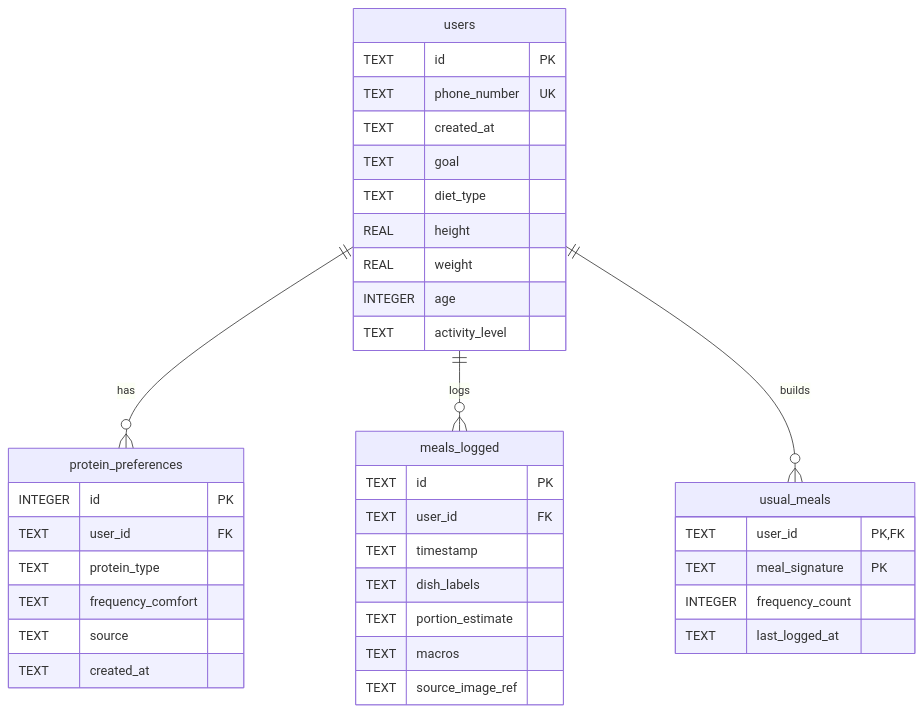
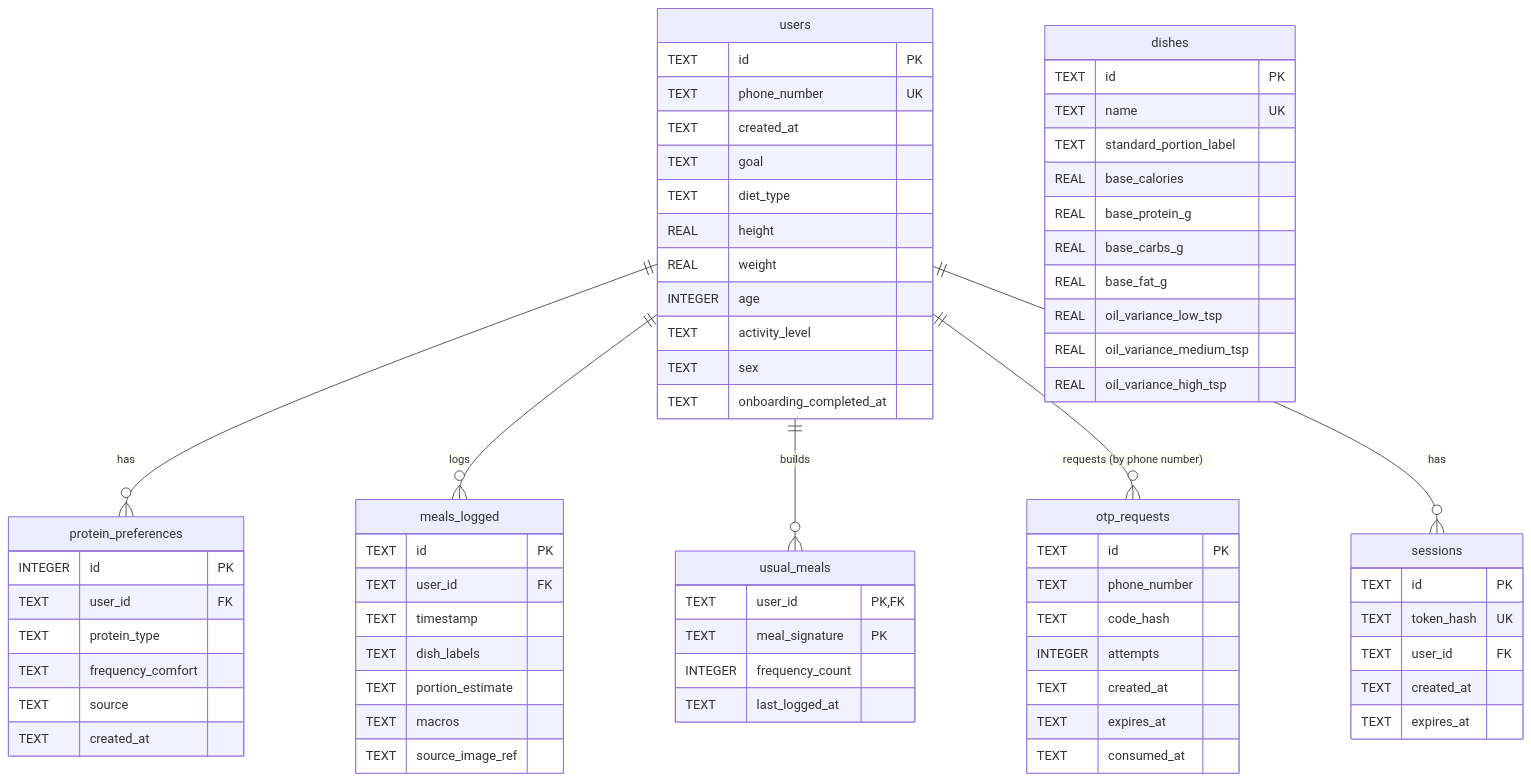
Before and after one commit to m0jojojo/patleHoneAayeHo: the diagram in docs/schema.md, drawn with Mermaid. The commit also changed other lines of this file and 28 other files, not shown here.

````diff
--- a/docs/schema.md
+++ b/docs/schema.md
@@ -8,44 +7,79 @@
 ```mermaid
 erDiagram
     users ||--o{ protein_preferences : "has"
     users ||--o{ meals_logged : "logs"
     users ||--o{ usual_meals : "builds"
+    users ||--o{ otp_requests : "requests (by phone number)"
+    users ||--o{ sessions : "has"
 
     users {
         TEXT id PK
         TEXT phone_number UK
         TEXT created_at
         TEXT goal
         TEXT diet_type
         REAL height
         REAL weight
         INTEGER age
         TEXT activity_level
+        TEXT sex
+        TEXT onboarding_completed_at
     }
 
     protein_preferences {
         INTEGER id PK
         TEXT user_id FK
         TEXT protein_type
         TEXT frequency_comfort
         TEXT source
         TEXT created_at
     }
 
     meals_logged {
         TEXT id PK
         TEXT user_id FK
         TEXT timestamp
         TEXT dish_labels
         TEXT portion_estimate
         TEXT macros
         TEXT source_image_ref
     }
 
     usual_meals {
         TEXT user_id PK, FK
         TEXT meal_signature PK
         INTEGER frequency_count
         TEXT last_logged_at
     }
+
+    otp_requests {
+        TEXT id PK
+        TEXT phone_number
+        TEXT code_hash
+        INTEGER attempts
+        TEXT created_at
+        TEXT expires_at
+        TEXT consumed_at
+    }
+
+    sessions {
+        TEXT id PK
+        TEXT token_hash UK
+        TEXT user_id FK
+        TEXT created_at
+        TEXT expires_at
+    }
+
+    dishes {
+        TEXT id PK
+        TEXT name UK
+        TEXT standard_portion_label
+        REAL base_calories
+        REAL base_protein_g
+        REAL base_carbs_g
+        REAL base_fat_g
+        REAL oil_variance_low_tsp
+        REAL oil_variance_medium_tsp
+        REAL oil_variance_high_tsp
+    }
 ```
````
